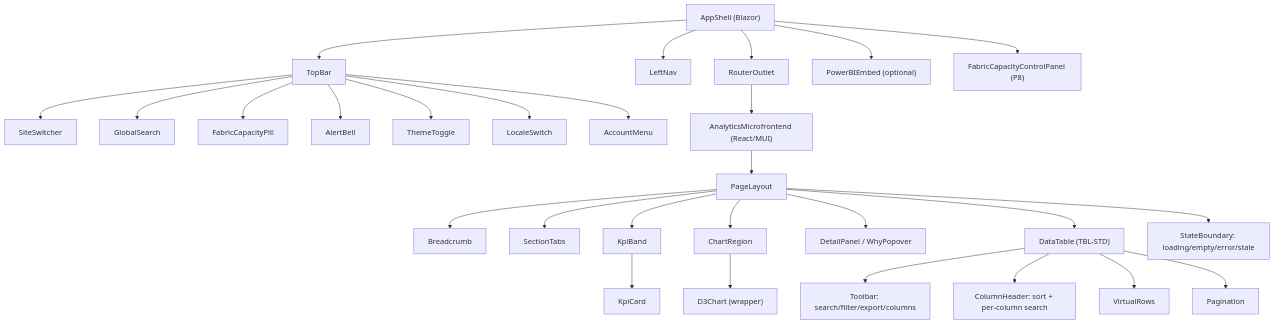
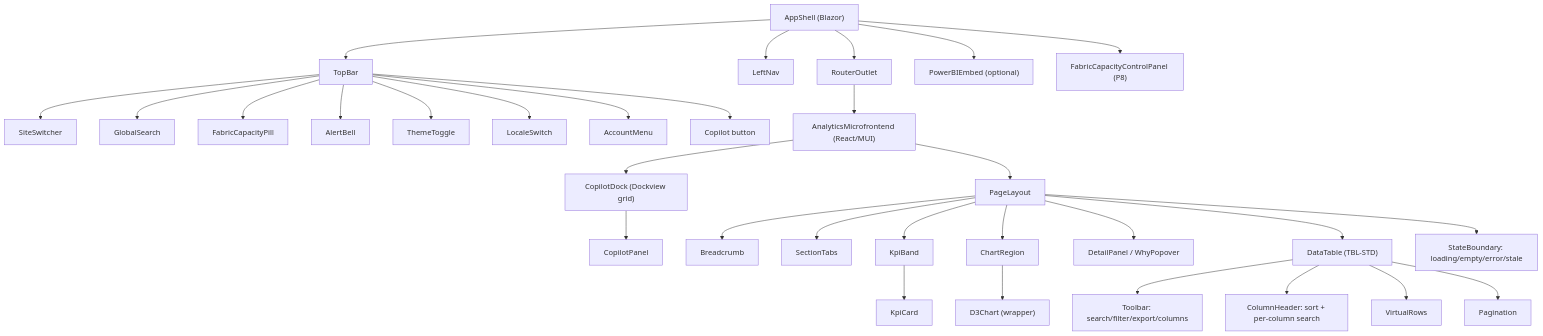
The third of 3 diagrams in docs/ux/dashboard-specification.md (frkim/NovaSteel3), drawn with Mermaid before and after one commit. The commit also changed other lines of this file and 10 other files, not shown here.

````diff
--- a/docs/ux/dashboard-specification.md
+++ b/docs/ux/dashboard-specification.md
@@ -347,28 +398,31 @@
 ```mermaid
 flowchart TD
   App["AppShell (Blazor)"] --> TopBar
   App --> LeftNav
   App --> RouterOutlet
   TopBar --> SiteSwitcher
   TopBar --> GlobalSearch
   TopBar --> CapacityPill["FabricCapacityPill"]
   TopBar --> AlertBell
   TopBar --> ThemeToggle
   TopBar --> LocaleSwitch
   TopBar --> AccountMenu
+  TopBar --> CopilotToggle["Copilot button"]
   RouterOutlet --> AnalyticsMFE["AnalyticsMicrofrontend (React/MUI)"]
+  AnalyticsMFE --> CopilotDock["CopilotDock (Dockview grid)"]
+  CopilotDock --> CopilotPanel
   AnalyticsMFE --> PageLayout
   PageLayout --> Breadcrumb
   PageLayout --> SectionTabs
   PageLayout --> KpiBand --> KpiCard
   PageLayout --> ChartRegion --> D3Chart["D3Chart (wrapper)"]
   PageLayout --> DetailPanel["DetailPanel / WhyPopover"]
   PageLayout --> DataTable["DataTable (TBL-STD)"]
   DataTable --> TableToolbar["Toolbar: search/filter/export/columns"]
   DataTable --> ColumnHeader["ColumnHeader: sort + per-column search"]
   DataTable --> VirtualRows
   DataTable --> Pagination
   PageLayout --> StateBoundary["StateBoundary: loading/empty/error/stale"]
   App --> PowerBIEmbed["PowerBIEmbed (optional)"]
   App --> CapacityControlPanel["FabricCapacityControlPanel (P8)"]
 ```
````
